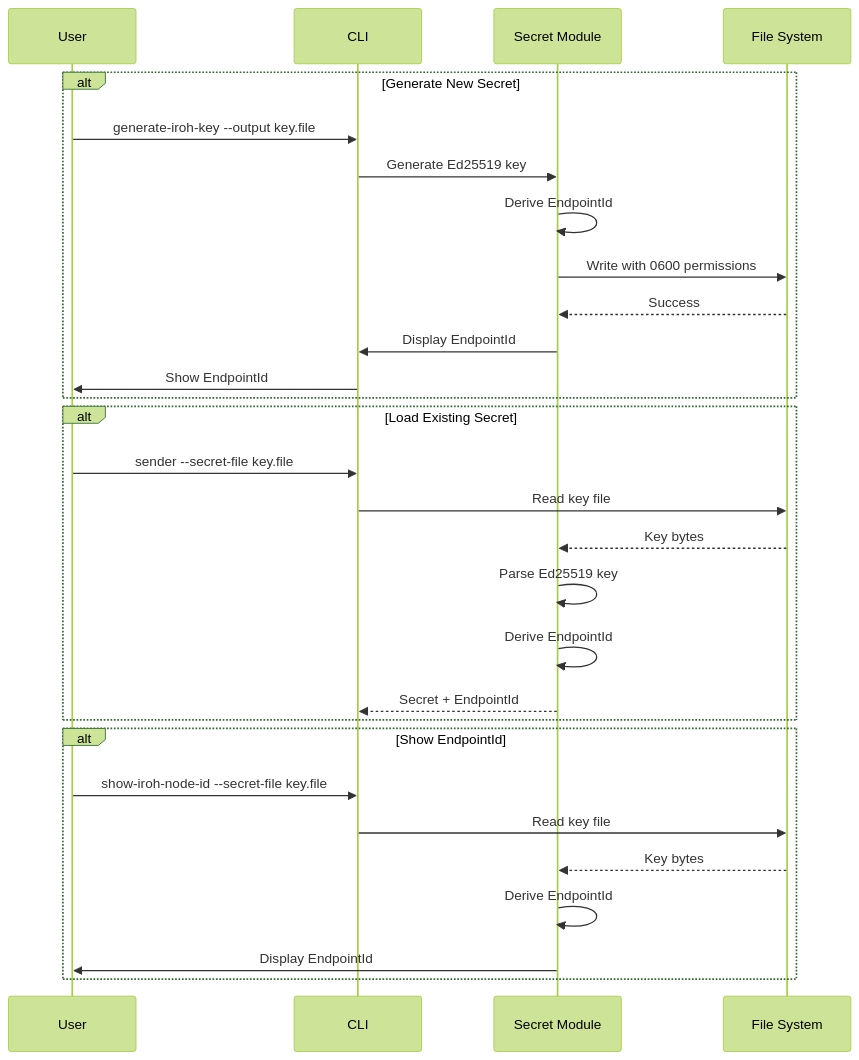
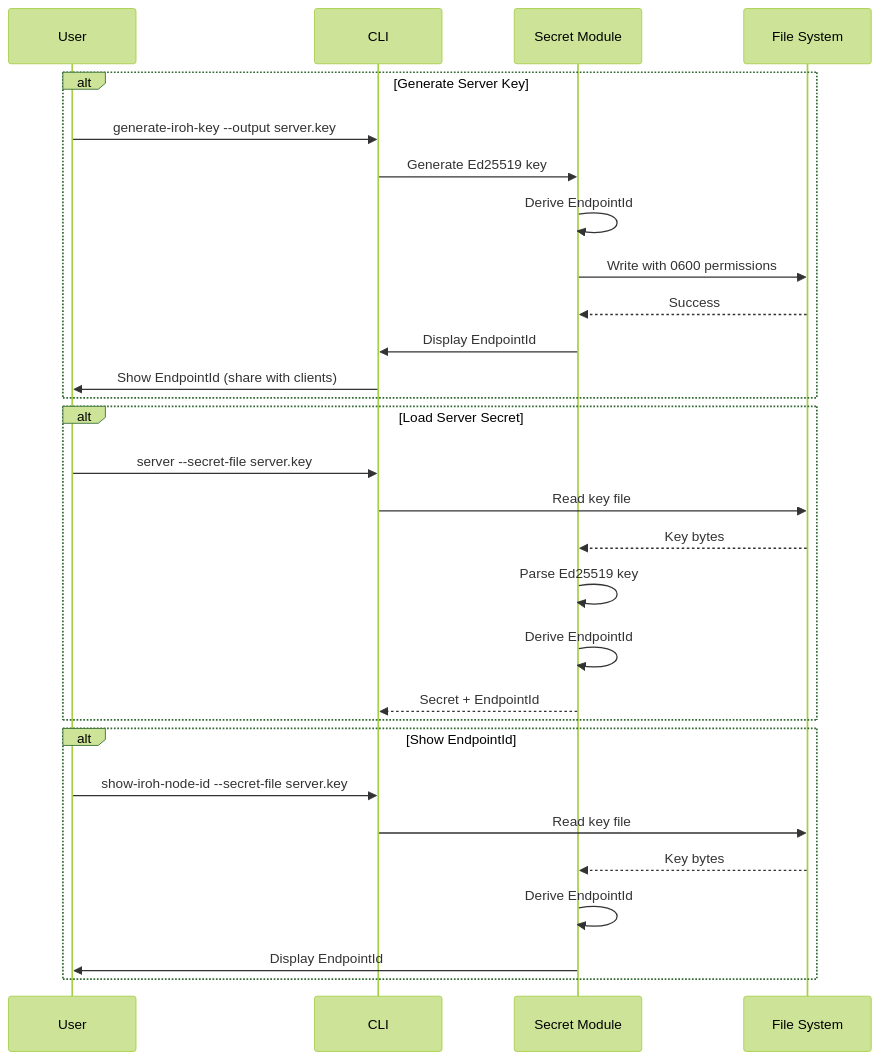
Diagram 29 of 35 in docs/ARCHITECTURE.md (andrewtheguy/vpn-rs), drawn with Mermaid (forest theme) before and after one commit. The commit also changed other lines of this file and 11 other files, not shown here.

````diff
--- a/docs/ARCHITECTURE.md
+++ b/docs/ARCHITECTURE.md
@@ -1170,34 +1175,34 @@
 ```mermaid
 sequenceDiagram
     participant User as User
     participant CLI as CLI
     participant Secret as Secret Module
     participant FS as File System
-    
-    alt Generate New Secret
-        User->>CLI: generate-iroh-key --output key.file
+
+    alt Generate Server Key
+        User->>CLI: generate-iroh-key --output server.key
         CLI->>Secret: Generate Ed25519 key
         Secret->>Secret: Derive EndpointId
         Secret->>FS: Write with 0600 permissions
         FS-->>Secret: Success
         Secret->>CLI: Display EndpointId
-        CLI->>User: Show EndpointId
+        CLI->>User: Show EndpointId (share with clients)
     end
-    
-    alt Load Existing Secret
-        User->>CLI: sender --secret-file key.file
+
+    alt Load Server Secret
+        User->>CLI: server --secret-file server.key
         CLI->>FS: Read key file
         FS-->>Secret: Key bytes
         Secret->>Secret: Parse Ed25519 key
         Secret->>Secret: Derive EndpointId
         Secret-->>CLI: Secret + EndpointId
     end
-    
+
     alt Show EndpointId
-        User->>CLI: show-iroh-node-id --secret-file key.file
+        User->>CLI: show-iroh-node-id --secret-file server.key
         CLI->>FS: Read key file
         FS-->>Secret: Key bytes
         Secret->>Secret: Derive EndpointId
         Secret->>User: Display EndpointId
     end
 ```
````
